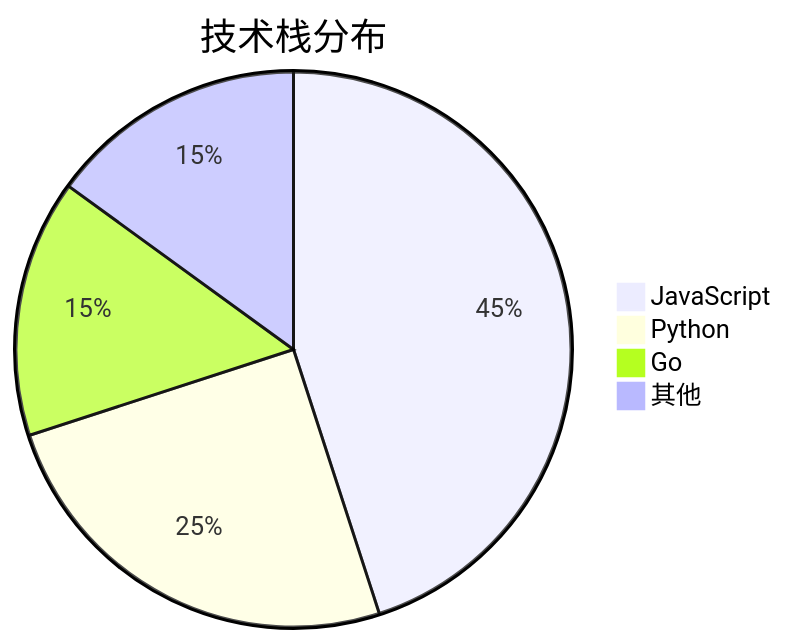
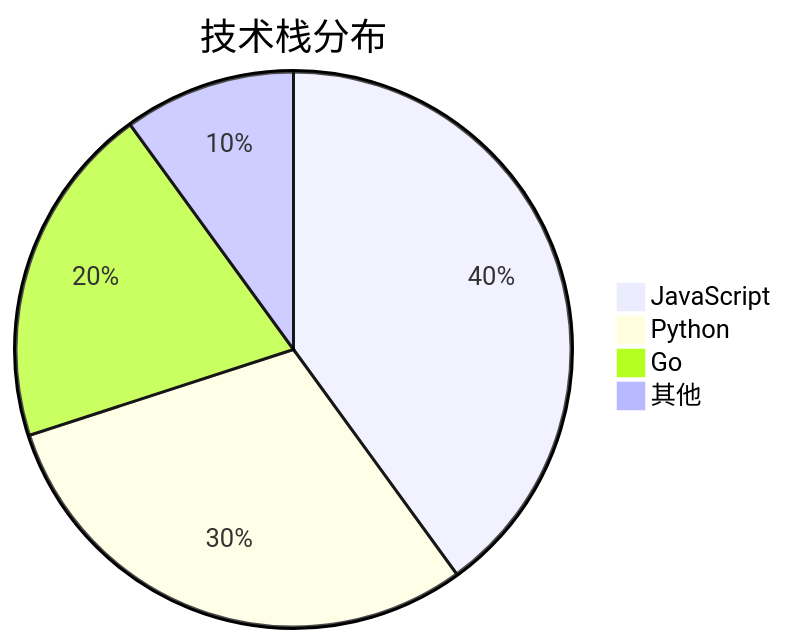
Before and after one commit to hongmaple0820/openclaw-dindin-chart: the tenth of 10 diagrams in skills/diagram-generator/SKILL.md, drawn with Mermaid. The commit also changed other lines of this file and 14 other files, not shown here.

````diff
--- a/skills/diagram-generator/SKILL.md
+++ b/skills/diagram-generator/SKILL.md
@@ -201,7 +202,7 @@
 ```mermaid
 pie title 技术栈分布
-    "JavaScript" : 45
-    "Python" : 25
-    "Go" : 15
-    "其他" : 15
+    "JavaScript" : 40
+    "Python" : 30
+    "Go" : 20
+    "其他" : 10
 ```
````
